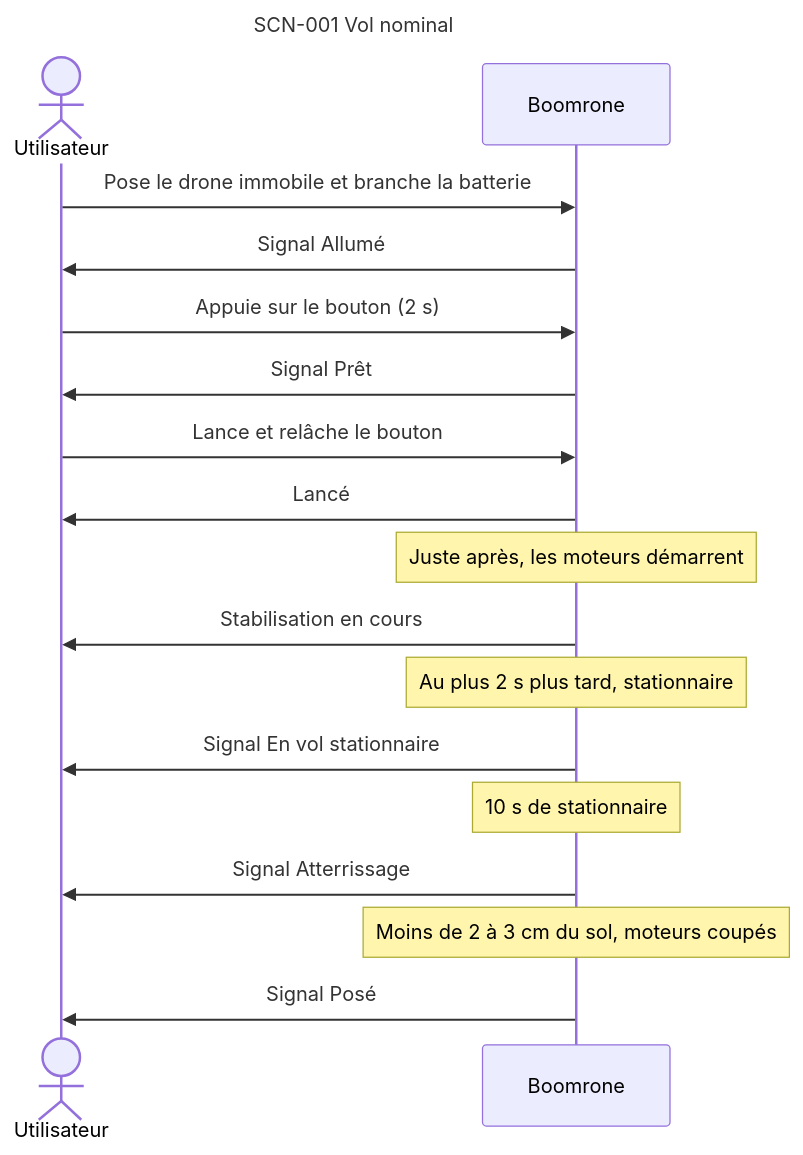
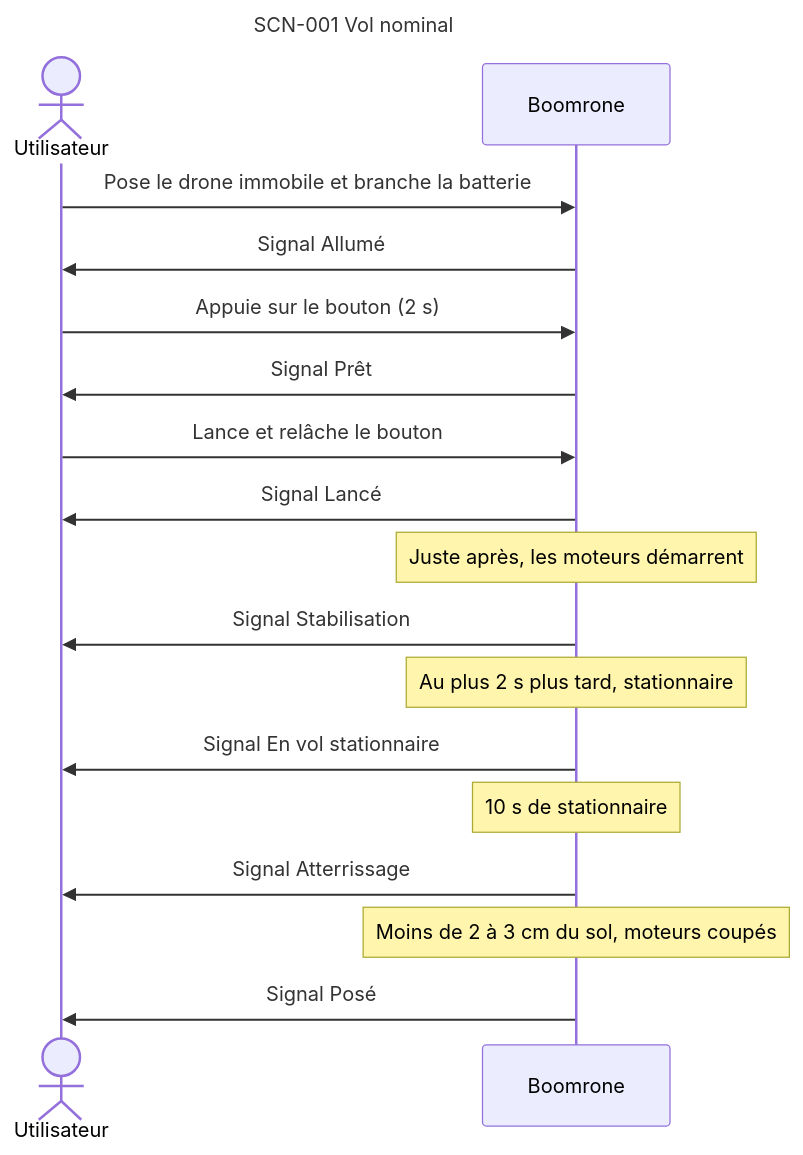
The third of 13 diagrams in projets/boomrone/00-scenarios.md (thourymatthieu-png/coworker_archi_system), drawn with Mermaid before and after one commit. The commit also changed other lines of this file and 5 other files, not shown here.

````diff
--- a/projets/boomrone/00-scenarios.md
+++ b/projets/boomrone/00-scenarios.md
@@ -119,22 +144,22 @@
 ```mermaid
 ---
 title: "SCN-001 Vol nominal"
 ---
 sequenceDiagram
     actor U as Utilisateur
     participant D as Boomrone
     U->>D: Pose le drone immobile et branche la batterie
     D->>U: Signal Allumé
     U->>D: Appuie sur le bouton (2 s)
     D->>U: Signal Prêt
     U->>D: Lance et relâche le bouton
-    D->>U: Lancé
+    D->>U: Signal Lancé
     Note over D: Juste après, les moteurs démarrent
-    D->>U: Stabilisation en cours
+    D->>U: Signal Stabilisation
     Note over D: Au plus 2 s plus tard, stationnaire
     D->>U: Signal En vol stationnaire
     Note over D: 10 s de stationnaire
     D->>U: Signal Atterrissage
     Note over D: Moins de 2 à 3 cm du sol, moteurs coupés
     D->>U: Signal Posé
 ```
````
